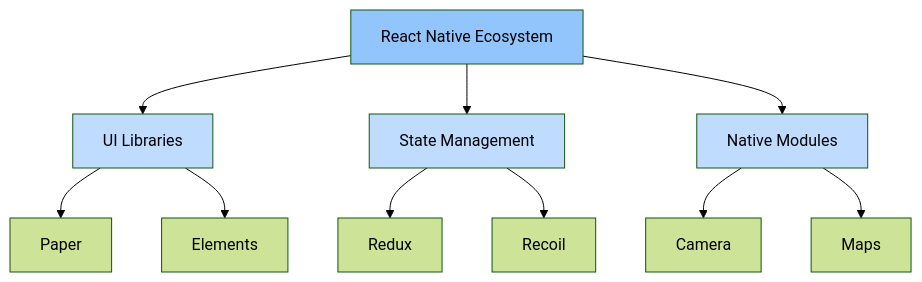
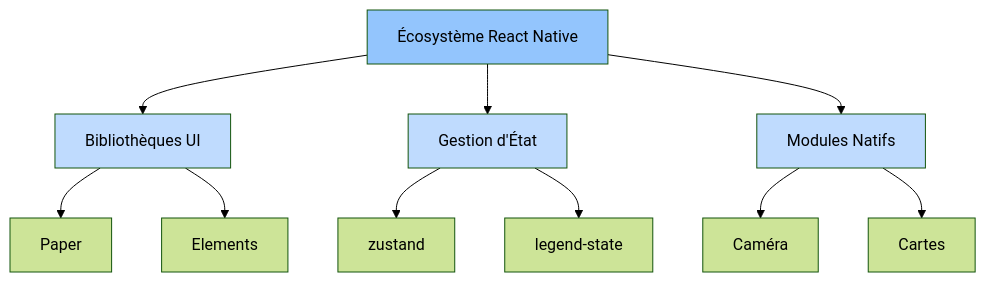
One commit to mianala/rn-intro-slides changed the seventh of 11 diagrams in slides.md. Above: the diagram before and after it, drawn with Mermaid (forest theme). The commit also changed other lines of this file and 354 other files, not shown here.

````diff
--- a/slides.md
+++ b/slides.md
@@ -957,22 +1135,22 @@
 ```mermaid {theme: 'neutral', scale: 0.8}
 graph TD
-    RN["React Native Ecosystem"]
-    
-    RN --> UI["UI Libraries"]
-    RN --> State["State Management"]
-    RN --> Native["Native Modules"]
-    
+    RN["Écosystème React Native"]
+
+    RN --> UI["Bibliothèques UI"]
+    RN --> State["Gestion d'État"]
+    RN --> Native["Modules Natifs"]
+
     UI --> Paper["Paper"]
     UI --> Elements["Elements"]
-    
-    State --> Redux["Redux"]
-    State --> Recoil["Recoil"]
-    
-    Native --> Camera["Camera"]
-    Native --> Maps["Maps"]
-    
+
+    State --> zustand["zustand"]
+    State --> legend-state["legend-state"]
+
+    Native --> Camera["Caméra"]
+    Native --> Maps["Cartes"]
+
 style RN fill:#93c5fd
 style UI fill:#bfdbfe
 style State fill:#bfdbfe
 style Native fill:#bfdbfe
 ```
````
